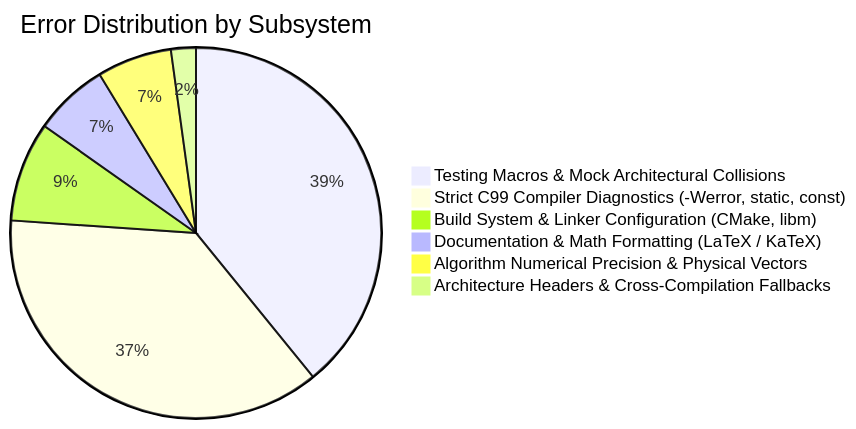
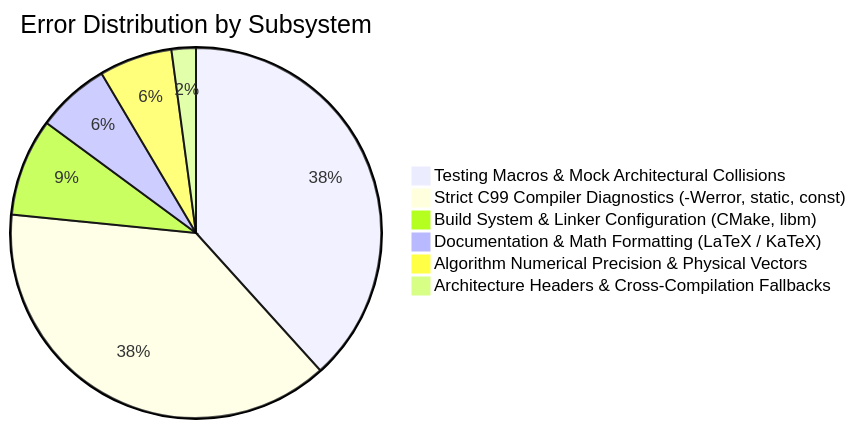
The diagram in context/errors/README.md (Thejus26/rain-predict), drawn with Mermaid before and after one commit. The commit also changed other lines of this file and 2 other files, not shown here.

Commit message:
fix(tests): resolve ERR-047 use canonical bme280_dev_t in state machine integration tests

````diff
--- a/context/errors/README.md
+++ b/context/errors/README.md
@@ -62,9 +63,9 @@
 ```mermaid
 pie title Error Distribution by Subsystem
     "Testing Macros & Mock Architectural Collisions" : 18
-    "Strict C99 Compiler Diagnostics (-Werror, static, const)" : 17
+    "Strict C99 Compiler Diagnostics (-Werror, static, const)" : 18
     "Build System & Linker Configuration (CMake, libm)" : 4
     "Documentation & Math Formatting (LaTeX / KaTeX)" : 3
     "Algorithm Numerical Precision & Physical Vectors" : 3
     "Architecture Headers & Cross-Compilation Fallbacks" : 1
 ```
````
